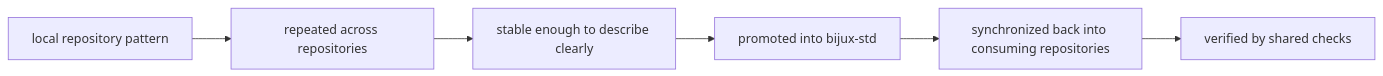
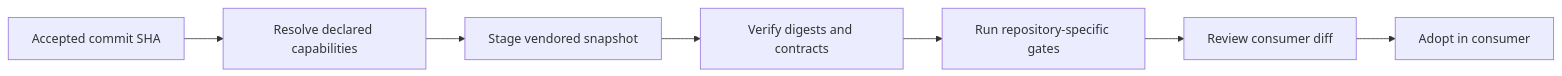
Before and after one commit to bijux/bijux.github.io: the second of 2 diagrams in docs/03-bijux-std/promotion-model/index.md, drawn with Mermaid. The commit also changed other lines of this file and 2 other files, not shown here.

````diff
--- a/docs/03-bijux-std/promotion-model/index.md
+++ b/docs/03-bijux-std/promotion-model/index.md
@@ -18,8 +59,9 @@
 ```mermaid
-graph LR
-    local["local repository pattern"] --> repeated["repeated across repositories"]
-    repeated --> stable["stable enough to describe clearly"]
-    stable --> upstream["promoted into bijux-std"]
-    upstream --> sync["synchronized back into consuming repositories"]
-    sync --> checks["verified by shared checks"]
+flowchart LR
+    accepted["Accepted commit SHA"] --> resolve["Resolve declared capabilities"]
+    resolve --> stage["Stage vendored snapshot"]
+    stage --> checks["Verify digests and contracts"]
+    checks --> product["Run repository-specific gates"]
+    product --> review["Review consumer diff"]
+    review --> merge["Adopt in consumer"]
 ```
````
